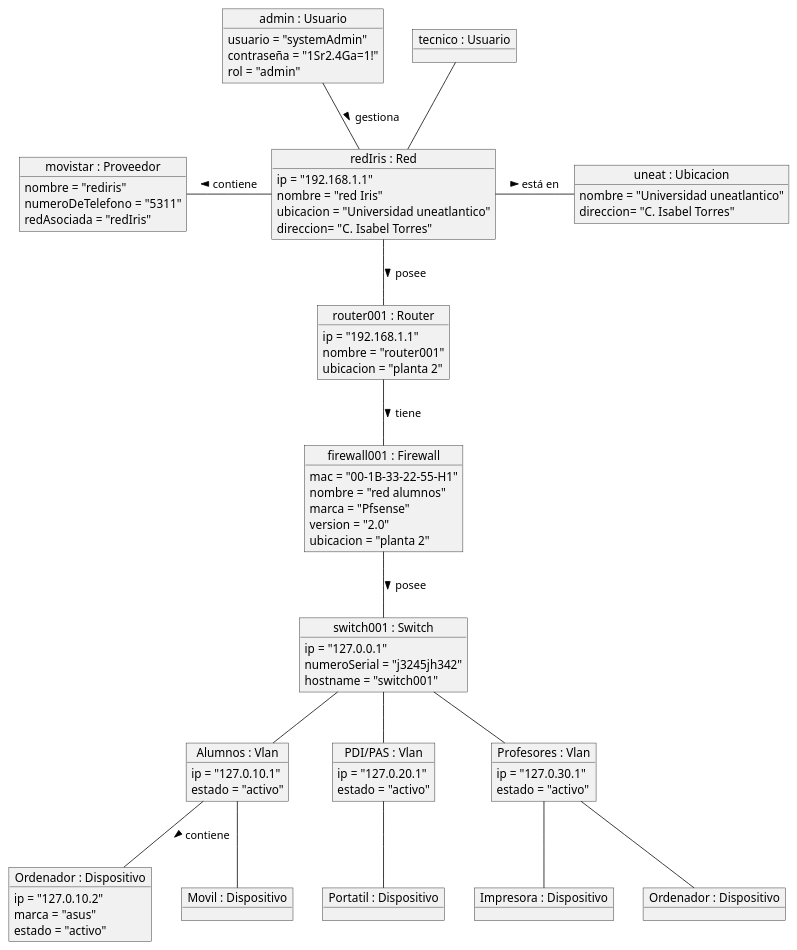
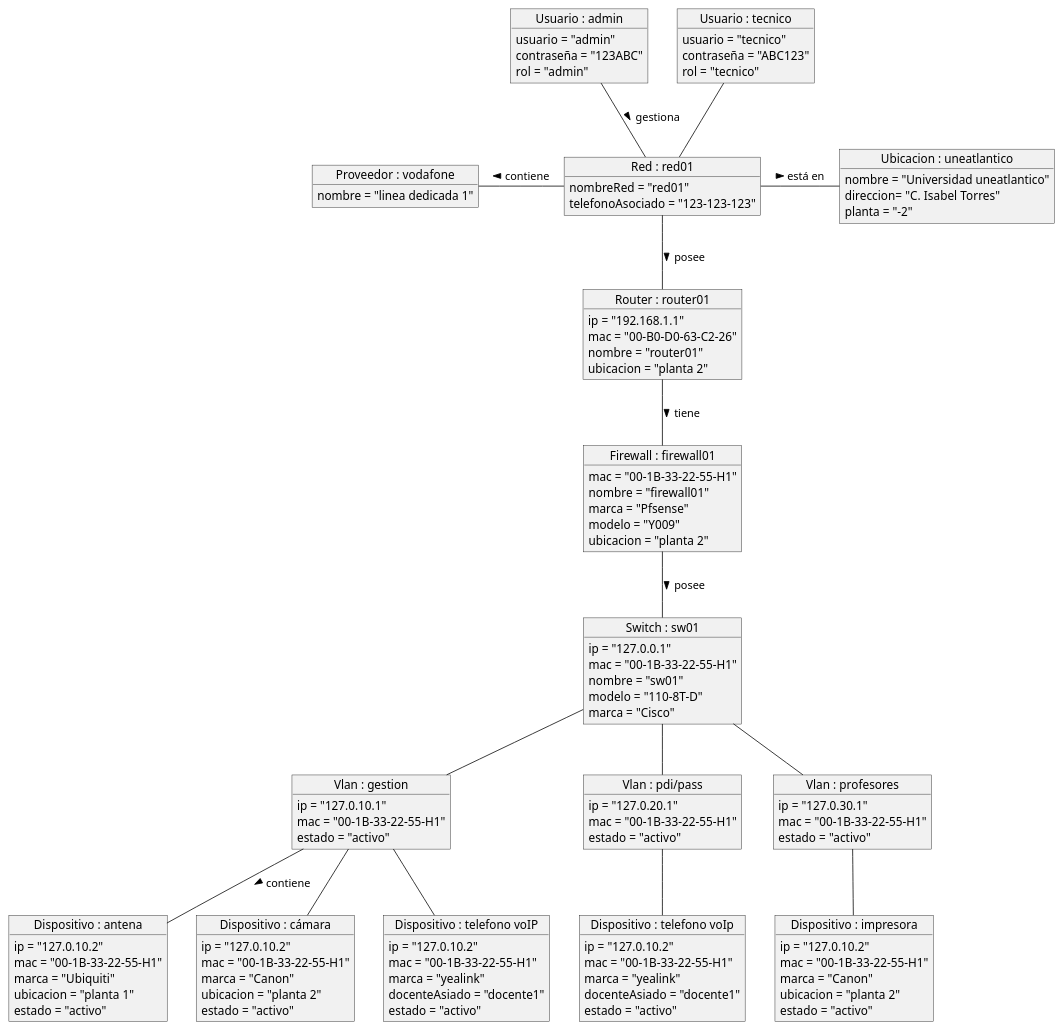
One commit to mmasias/IdSw1-22-23 changed the diagram in 000-entregas/diagramaDeObjetos/DiagramaObjetos.plantuml. Above: the diagram before and after it, drawn with PlantUML. The commit also changed 3 other files, not shown here.

Commit message:
Cambios en diagramas y actualizacion del readme

```diff
--- a/000-entregas/diagramaDeObjetos/DiagramaObjetos.plantuml
+++ b/000-entregas/diagramaDeObjetos/DiagramaObjetos.plantuml
@@ -1,100 +1,127 @@
 @startuml DiagramaDeObjetos
 
-object "admin : Usuario" as admin {
-    usuario = "systemAdmin"
-    contraseña = "1Sr2.4Ga=1!"
+object "Usuario : admin" as admin {
+    usuario = "admin"
+    contraseña = "123ABC"
     rol = "admin"
 }
 
-object "tecnico : Usuario" as user {
+object "Usuario : tecnico" as user {
+    usuario = "tecnico"
+    contraseña = "ABC123"
+    rol = "tecnico"
 }
 
-object "redIris : Red" as red1 {
-ip = "192.168.1.1"
-nombre = "red Iris"
-ubicacion = "Universidad uneatlantico"
-direccion= "C. Isabel Torres"
+object "Red : red01" as red1 {
+nombreRed = "red01"
+telefonoAsociado = "123-123-123"
 }
 
-object "router001 : Router" as router {
+object "Router : router01" as router {
 ip = "192.168.1.1"
-nombre = "router001"
+mac = "00-B0-D0-63-C2-26"
+nombre = "router01"
 ubicacion = "planta 2"
 }
 
-object "uneat : Ubicacion" as uneat {
+object "Ubicacion : uneatlantico" as uneat {
 nombre = "Universidad uneatlantico"
 direccion= "C. Isabel Torres"
+planta = "-2"
 }
 
-object "movistar : Proveedor" as redIris {
-nombre = "rediris"
-numeroDeTelefono = "5311"
-redAsociada = "redIris"
+object "Proveedor : vodafone" as redIris {
+nombre = "linea dedicada 1"
 }
 
-object "firewall001 : Firewall" as firewall {
+object "Firewall : firewall01" as firewall {
 mac = "00-1B-33-22-55-H1"
-nombre = "red alumnos"
+nombre = "firewall01"
 marca = "Pfsense"
-version = "2.0"
+modelo = "Y009"
 ubicacion = "planta 2"
 }
 
-object "switch001 : Switch" as switch {
+object "Switch : sw01" as switch {
     ip = "127.0.0.1"
-    numeroSerial = "j3245jh342"
-    hostname = "switch001"
+    mac = "00-1B-33-22-55-H1"
+    nombre = "sw01"
+    modelo = "110-8T-D"
+    marca = "Cisco"
 }
 
-object "Alumnos : Vlan" as vlan {
+object "Vlan : gestion" as vlan {
     ip = "127.0.10.1"
+    mac = "00-1B-33-22-55-H1"
     estado = "activo"
 }
 
-object "PDI/PAS : Vlan" as vlan2 {
+object "Vlan : pdi/pass" as vlan2 {
     ip = "127.0.20.1"
+    mac = "00-1B-33-22-55-H1"
     estado = "activo"
 }
 
-object "Profesores : Vlan" as vlan3 {
+object "Vlan : profesores" as vlan3 {
     ip = "127.0.30.1"
+    mac = "00-1B-33-22-55-H1"
     estado = "activo"
 }
 
-object "Ordenador : Dispositivo" as DA1 {
+object "Dispositivo : antena" as DA1 {
     ip = "127.0.10.2"
-    marca = "asus"
+    mac = "00-1B-33-22-55-H1"
+    marca = "Ubiquiti"
+    ubicacion = "planta 1"
     estado = "activo"
 }
 
-object "Movil : Dispositivo" as DA2 {
+object "Dispositivo : cámara" as DA2 {
+    ip = "127.0.10.2"
+    mac = "00-1B-33-22-55-H1"
+    marca = "Canon"
+    ubicacion = "planta 2"
+    estado = "activo"
 }
 
-object "Portatil : Dispositivo" as DPP1 {
+object "Dispositivo : telefono voIP" as DA3{
+    ip = "127.0.10.2"
+    mac = "00-1B-33-22-55-H1"
+    marca = "yealink"
+    docenteAsiado = "docente1"
+    estado = "activo"
 }
 
-object "Impresora : Dispositivo" as DP1 {
+object "Dispositivo : telefono voIp" as DPP1 {
+    ip = "127.0.10.2"
+    mac = "00-1B-33-22-55-H1"
+    marca = "yealink"
+    docenteAsiado = "docente1"
+    estado = "activo"
 }
 
-object "Ordenador : Dispositivo" as DP2 {
+object "Dispositivo : impresora" as DP1 {
+    ip = "127.0.10.2"
+    mac = "00-1B-33-22-55-H1"
+    marca = "Canon"
+    ubicacion = "planta 2"
+    estado = "activo"
 }
-
 
 admin -d- red1: gestiona >
 user -- red1
 red1 -- router: posee >
 router -- firewall: tiene >
 red1 -l- redIris: contiene >
 red1 -r- uneat: está en >
 firewall -- switch: posee >
 switch -- vlan
 switch -- vlan2
 switch -- vlan3
 vlan -- DA1: contiene >
 vlan -- DA2
+vlan -- DA3
 vlan2 -- DPP1
 vlan3 -- DP1
-vlan3 -- DP2
 
 @enduml
```
